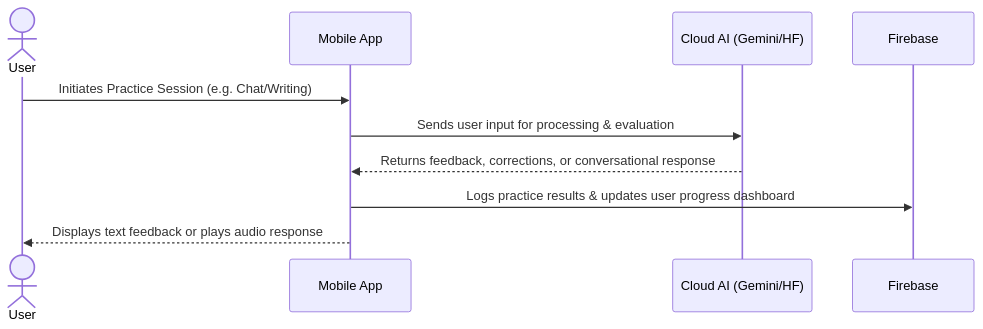
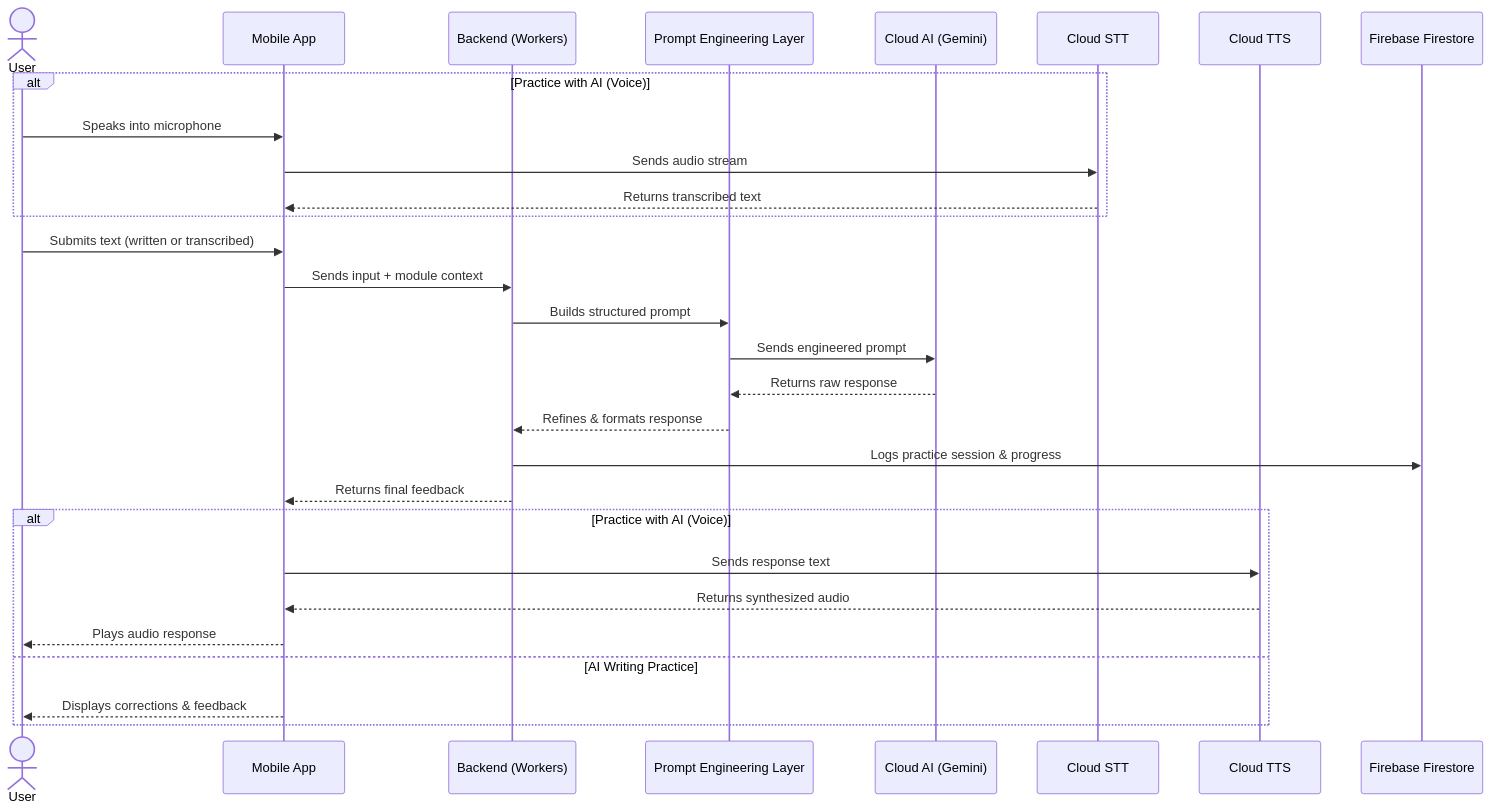
The second of 3 diagrams in README.md (MeronaRomany/graduation_project), drawn with Mermaid before and after one commit. The commit also changed other lines of this file, not shown here.

Commit message:
docs: update architecture diagrams and technical service descriptions in README

````diff
--- a/README.md
+++ b/README.md
@@ -66,13 +107,34 @@
 ```mermaid
 sequenceDiagram
     actor User
     participant App as Mobile App
-    participant AI as Cloud AI (Gemini/HF)
-    participant Cloud as Firebase
+    participant Backend as Backend (Workers)
+    participant Prompt as Prompt Engineering Layer
+    participant AI as Cloud AI (Gemini)
+    participant STT as Cloud STT
+    participant TTS as Cloud TTS
+    participant DB as Firebase Firestore
 
-    User->>App: Initiates Practice Session (e.g. Chat/Writing)
-    App->>AI: Sends user input for processing & evaluation
-    AI-->>App: Returns feedback, corrections, or conversational response
-    App->>Cloud: Logs practice results & updates user progress dashboard
-    App-->>User: Displays text feedback or plays audio response
+    alt Practice with AI (Voice)
+        User->>App: Speaks into microphone
+        App->>STT: Sends audio stream
+        STT-->>App: Returns transcribed text
+    end
+
+    User->>App: Submits text (written or transcribed)
+    App->>Backend: Sends input + module context
+    Backend->>Prompt: Builds structured prompt
+    Prompt->>AI: Sends engineered prompt
+    AI-->>Prompt: Returns raw response
+    Prompt-->>Backend: Refines & formats response
+    Backend->>DB: Logs practice session & progress
+    Backend-->>App: Returns final feedback
+
+    alt Practice with AI (Voice)
+        App->>TTS: Sends response text
+        TTS-->>App: Returns synthesized audio
+        App-->>User: Plays audio response
+    else AI Writing Practice
+        App-->>User: Displays corrections & feedback
+    end
 ```
````
